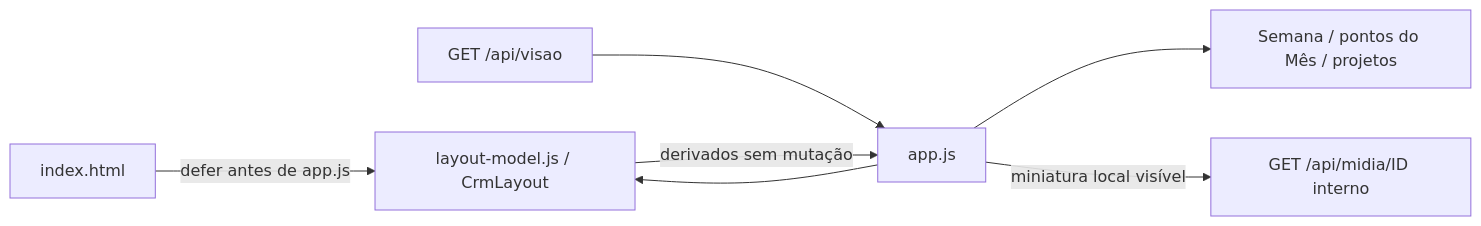
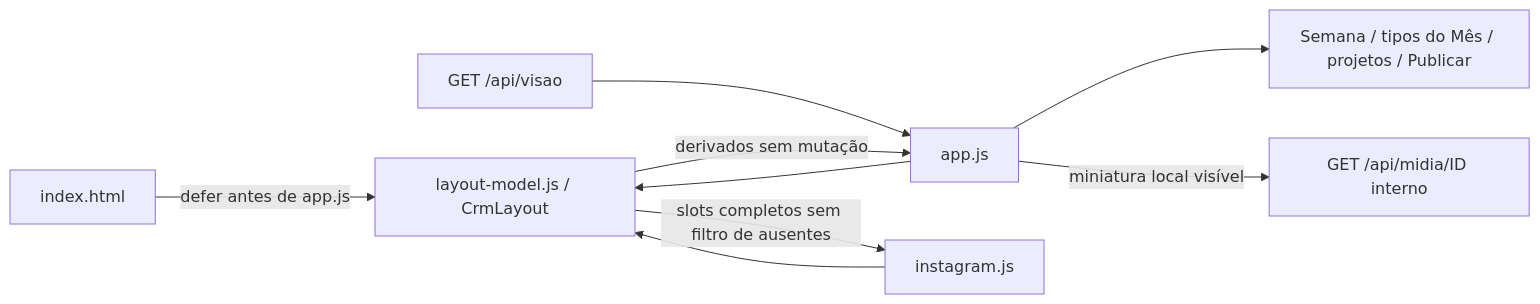
Before and after one commit to Browsher/crm-social: the diagram in docs/modules/layout-model.md, drawn with Mermaid. The commit also changed other lines of this file and 21 other files, not shown here.

````diff
--- a/docs/modules/layout-model.md
+++ b/docs/modules/layout-model.md
@@ -16,9 +20,11 @@
 ```mermaid
 flowchart LR
   HTML["index.html"] -->|defer antes de app.js| Modelo["layout-model.js / CrmLayout"]
   App["app.js"] --> Modelo
   API["GET /api/visao"] --> App
   Modelo -->|derivados sem mutação| App
-  App --> Semana["Semana / pontos do Mês / projetos"]
+  App --> Semana["Semana / tipos do Mês / projetos / Publicar"]
+  Instagram["instagram.js"] --> Modelo
+  Modelo -->|slots completos sem filtro de ausentes| Instagram
   App -->|miniatura local visível| Midia["GET /api/midia/ID interno"]
 ```
````
